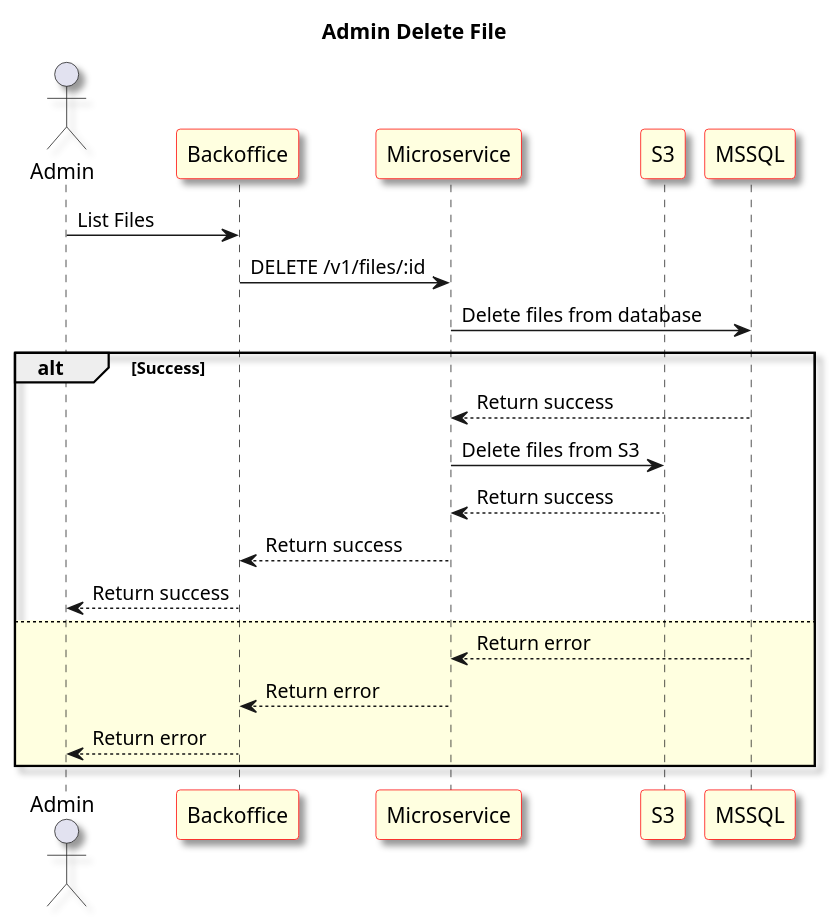
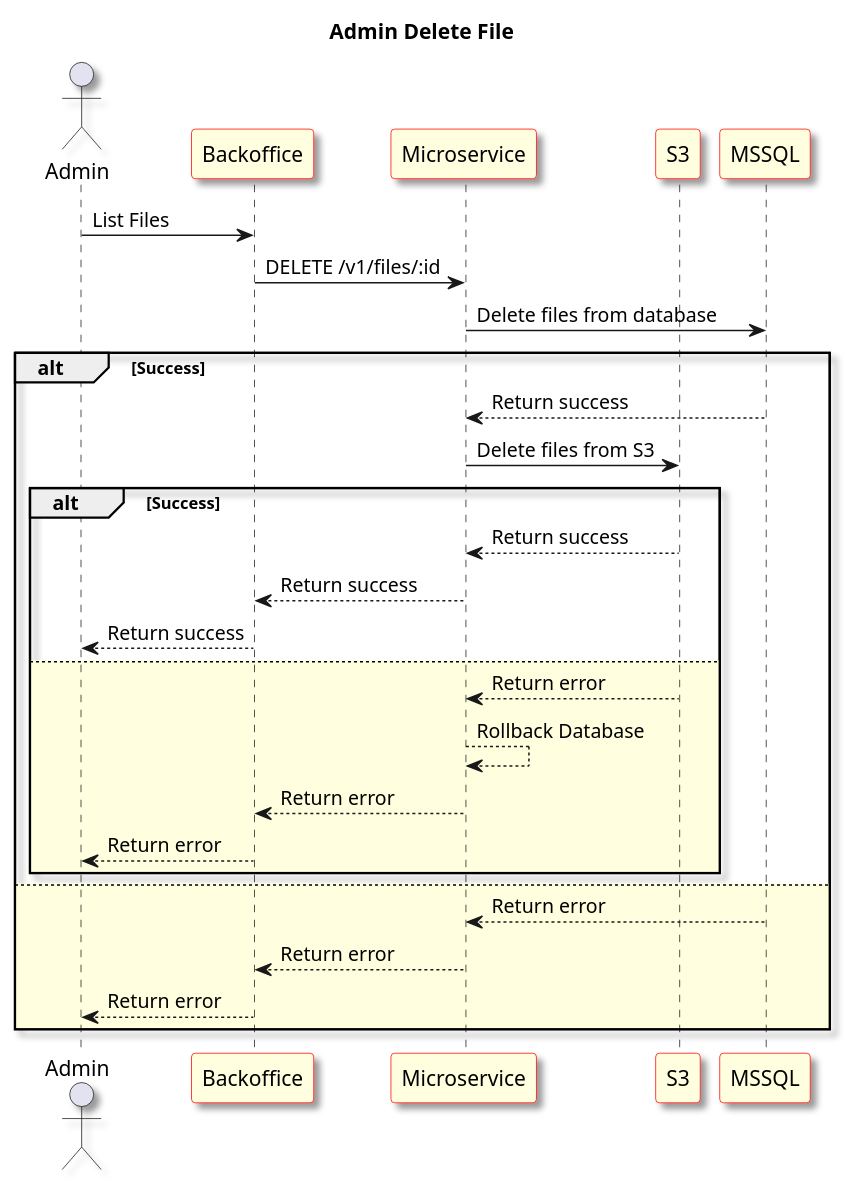
The diagram in Sequence-Diagram/8. AdminDeleteFiles.wsd (aofiee/Job1-Diagram), drawn with PlantUML before and after one commit. The commit also changed 56 other files, not shown here.

```diff
--- a/Sequence-Diagram/8. AdminDeleteFiles.wsd
+++ b/Sequence-Diagram/8. AdminDeleteFiles.wsd
@@ -1,39 +1,53 @@
 @startuml Admin Delete File
 skinparam shadowing true
 skinparam sequence {
 	ParticipantBackgroundColor LightYellow
 	ParticipantBorderColor red
 }
 Title: Admin Delete File
 actor "Admin" as User1
 participant "Backoffice" as Frontend
 participant "Microservice" as Microservice
 participant "S3" as S3
 participant "MSSQL" as Database
 
 User1 -> Frontend: List Files
 
 Frontend -> Microservice: DELETE /v1/files/:id
 
 Microservice -> Database: Delete files from database
 
 alt Success
 	Database --> Microservice: Return success
 
 	Microservice -> S3: Delete files from S3
 
+	alt Success
+
 	S3 --> Microservice: Return success
 
 	Microservice --> Frontend: Return success
 
 	Frontend --> User1: Return success
+
+	else #LightYellow
+
+	S3 --> Microservice: Return error
+
+	Microservice --> Microservice: Rollback Database
+
+	Microservice --> Frontend: Return error
+
+	Frontend --> User1: Return error
+
+	end
 else #LightYellow
 	Database --> Microservice: Return error
 
 	Microservice --> Frontend: Return error
 
 	Frontend --> User1: Return error
 end
 
 
 @enduml
```
